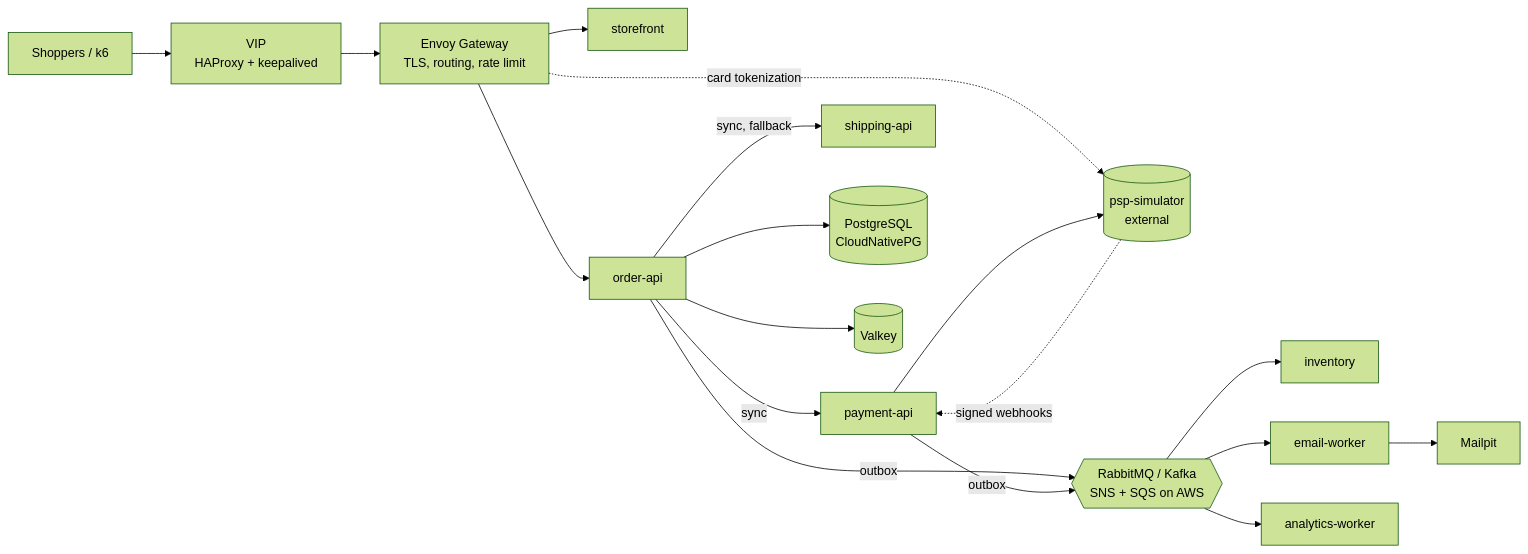
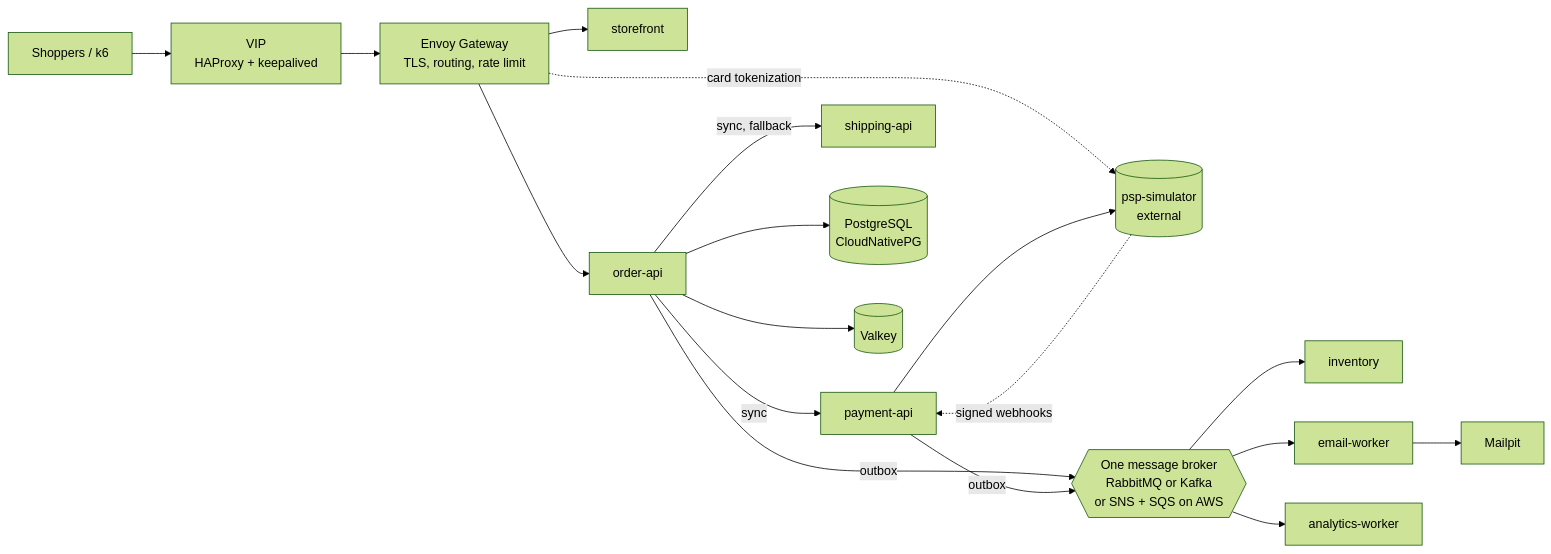
The diagram in README.md (thiagogenez/labflow-platform), drawn with Mermaid (forest theme) before and after one commit. The commit also changed other lines of this file and 3 other files, not shown here.

````diff
--- a/README.md
+++ b/README.md
@@ -32,20 +33,20 @@
 ```mermaid
 flowchart LR
     client[Shoppers / k6] --> vip[VIP<br/>HAProxy + keepalived]
     vip --> gw[Envoy Gateway<br/>TLS, routing, rate limit]
     gw --> storefront
     gw --> order[order-api]
     gw -. card tokenization .-> psp[(psp-simulator<br/>external)]
     order -->|sync| payment[payment-api]
     order -->|sync, fallback| shipping[shipping-api]
     payment --> psp
     psp -. signed webhooks .-> payment
     order --> pg[(PostgreSQL<br/>CloudNativePG)]
     order --> valkey[(Valkey)]
-    order -->|outbox| broker{{RabbitMQ / Kafka<br/>SNS + SQS on AWS}}
+    order -->|outbox| broker{{One message broker<br/>RabbitMQ or Kafka<br/>or SNS + SQS on AWS}}
     payment -->|outbox| broker
     broker --> inventory
     broker --> email[email-worker]
     broker --> analytics[analytics-worker]
     email --> mailpit[Mailpit]
 ```
````
